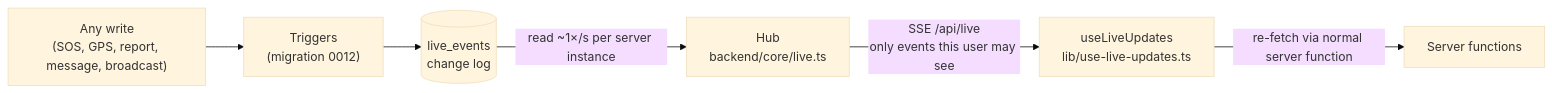
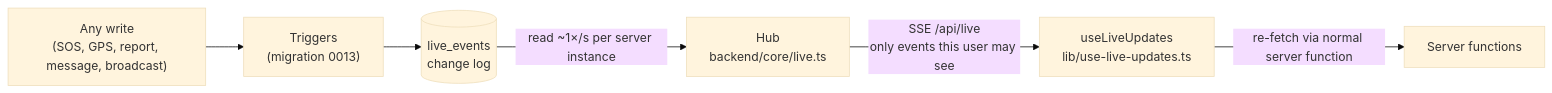
Before and after one commit to 1anc6/Campus-Safe: the third of 3 diagrams in docs/ARCHITECTURE.md, drawn with Mermaid (base theme). The commit also changed other lines of this file and 2 other files, not shown here.

First line of the commit message:
Renumber live_events migration to 0013

````diff
--- a/docs/ARCHITECTURE.md
+++ b/docs/ARCHITECTURE.md
@@ -249,8 +249,8 @@
 ```mermaid
 flowchart LR
-  W["Any write<br/>(SOS, GPS, report, message, broadcast)"] --> T["Triggers<br/>(migration 0012)"]
+  W["Any write<br/>(SOS, GPS, report, message, broadcast)"] --> T["Triggers<br/>(migration 0013)"]
   T --> L[("live_events<br/>change log")]
   L -- "read ~1×/s per server instance" --> H["Hub<br/>backend/core/live.ts"]
   H -- "SSE /api/live<br/>only events this user may see" --> B["useLiveUpdates<br/>lib/use-live-updates.ts"]
   B -- "re-fetch via normal server function" --> F["Server functions"]
 ```
````
